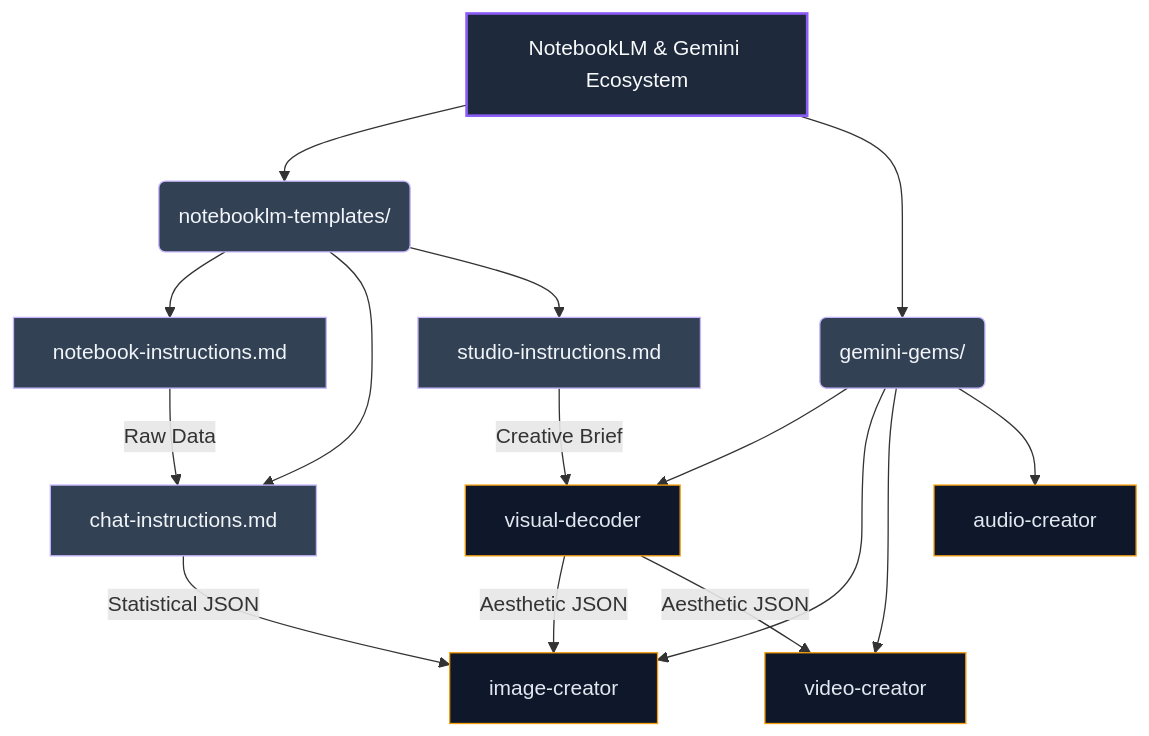
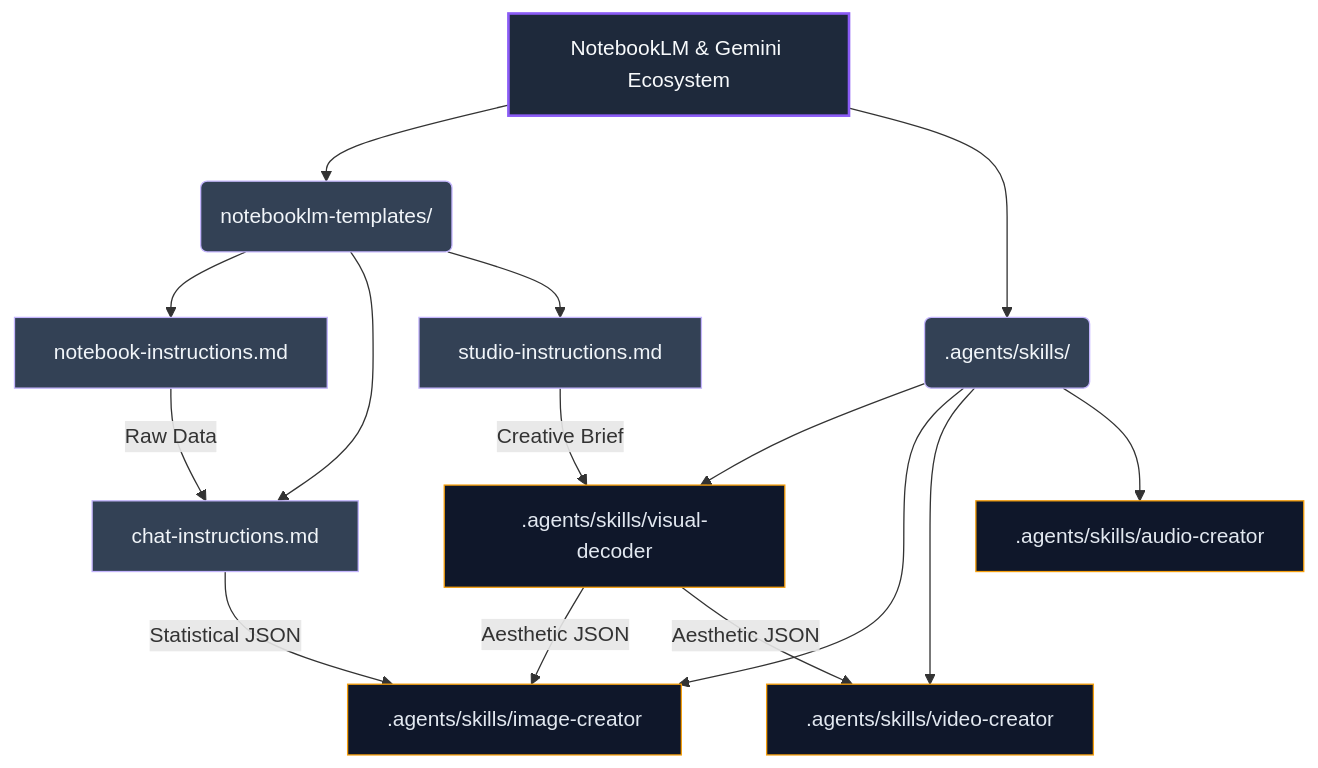
The diagram in agents-factory/notebooklm-gemini-ecosystem/README.md (Nomackleo/agents-factory), drawn with Mermaid before and after one commit. The commit also changed 99 other files, not shown here.

Commit message:
chore: implement Antigravity 2.0 B2B architecture, security layers, and ecosystem audits

````diff
--- a/agents-factory/notebooklm-gemini-ecosystem/README.md
+++ b/agents-factory/notebooklm-gemini-ecosystem/README.md
@@ -15,34 +15,34 @@
 ```mermaid
 graph TD
     %% Core Nodes
     A[NotebookLM & Gemini Ecosystem] --> B(notebooklm-templates/)
-    A --> C(gemini-gems/)
+    A --> C(.agents/skills/)
 
     %% NotebookLM
     B --> B1[notebook-instructions.md]
     B --> B2[chat-instructions.md]
     B --> B3[studio-instructions.md]
     
     %% Gemini Agents (Gems)
-    C --> C1[visual-decoder]
-    C --> C2[image-creator]
-    C --> C3[video-creator]
-    C --> C4[audio-creator]
+    C --> C1[.agents/skills/visual-decoder]
+    C --> C2[.agents/skills/image-creator]
+    C --> C3[.agents/skills/video-creator]
+    C --> C4[.agents/skills/audio-creator]
 
     %% Interactions (Data Flow)
     B1 -->|Raw Data| B2
     B2 -->|Statistical JSON| C2
     B3 -->|Creative Brief| C1
     C1 -->|Aesthetic JSON| C2
     C1 -->|Aesthetic JSON| C3
     
     %% Styling
     classDef domain fill:#1E293B,stroke:#8B5CF6,stroke-width:2px,color:#F8FAFC
     classDef file fill:#334155,stroke:#C4B5FD,stroke-width:1px,color:#F1F5F9
     classDef agent fill:#0F172A,stroke:#F59E0B,stroke-width:1px,color:#E2E8F0
     
     class A domain
     class B,C file
     class B1,B2,B3 file
     class C1,C2,C3,C4 agent
 ```
````
